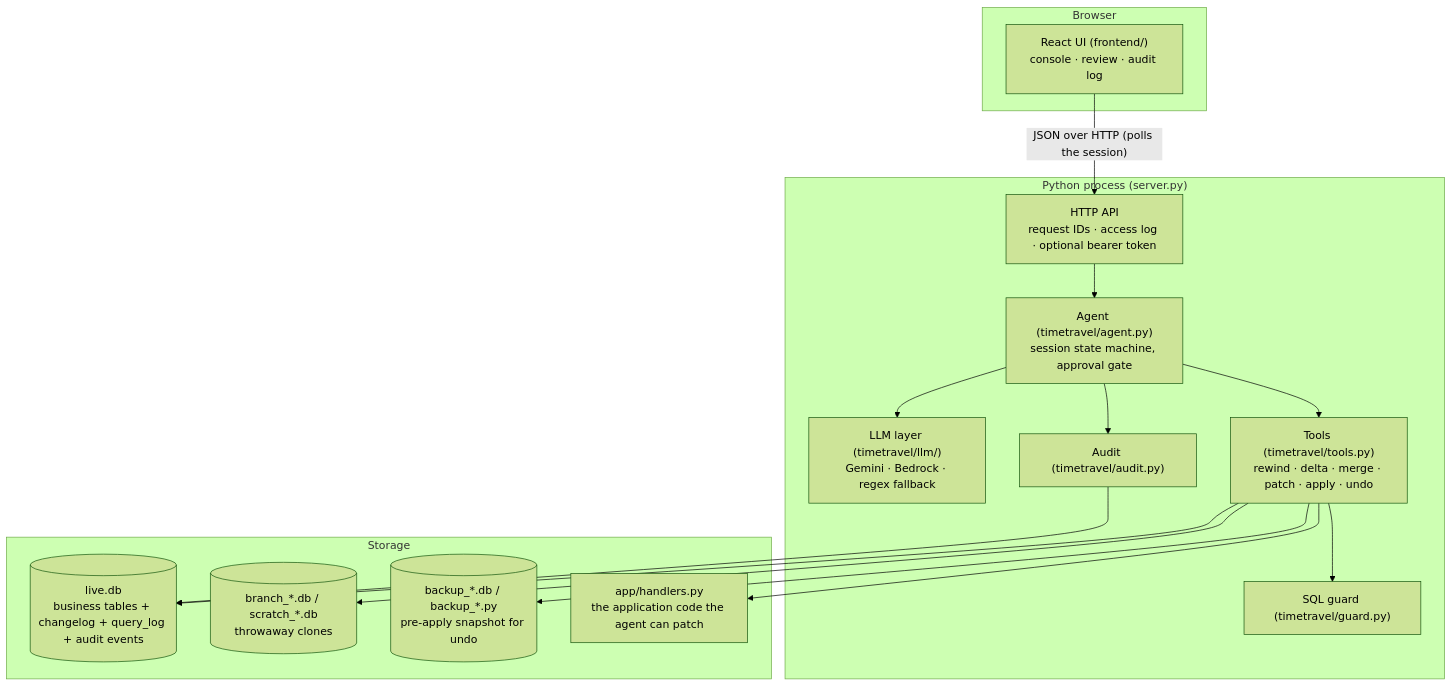
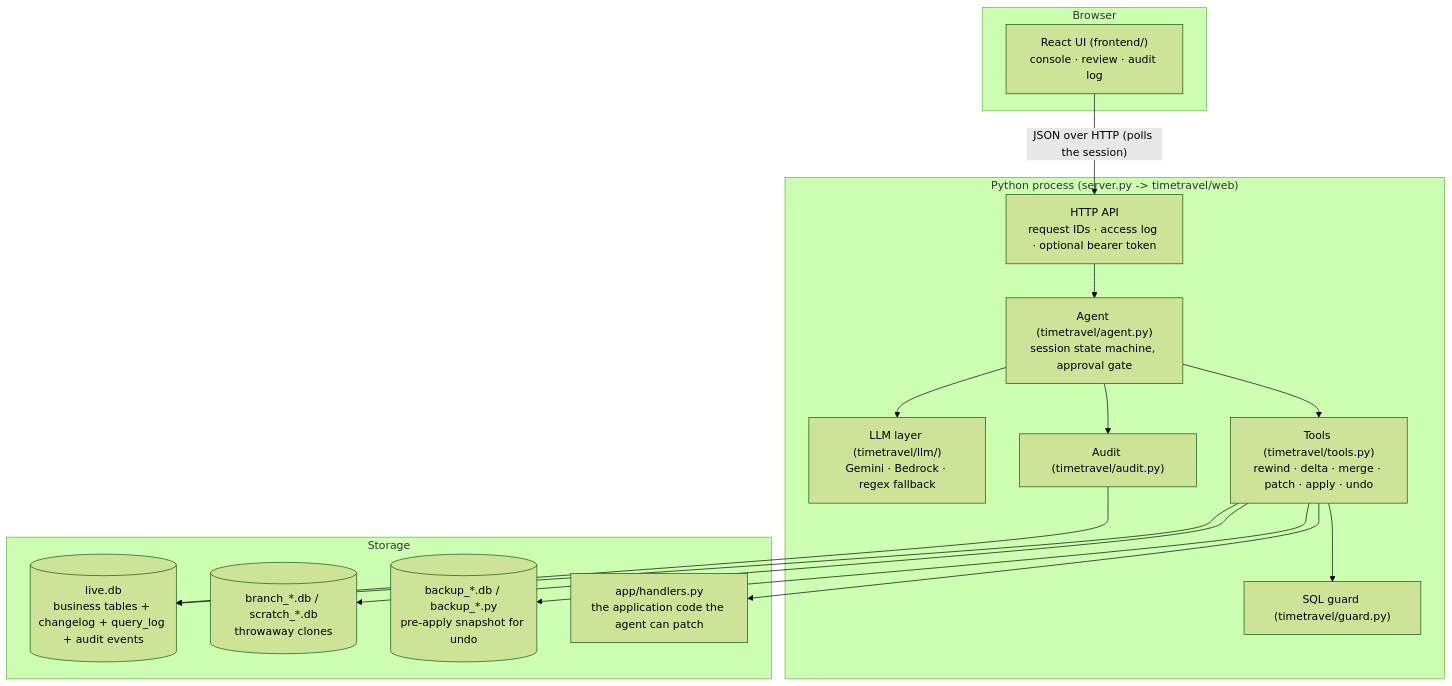
The first of 3 diagrams in docs/ARCHITECTURE.md (HamidKhan1001/Time-Travel_db_and_bug_rewinder), drawn with Mermaid (forest theme) before and after one commit. The commit also changed other lines of this file and 60 other files, not shown here.

First line of the commit message:
Restructure the HTTP layer into timetravel/web, widen lint, add startup and stream tests

````diff
--- a/docs/ARCHITECTURE.md
+++ b/docs/ARCHITECTURE.md
@@ -7,30 +7,30 @@
 ```mermaid
 flowchart TB
     subgraph Browser
         UI["React UI (frontend/)<br/>console · review · audit log"]
     end
-    subgraph Server["Python process (server.py)"]
+    subgraph Server["Python process (server.py -> timetravel/web)"]
         API["HTTP API<br/>request IDs · access log · optional bearer token"]
         AGENT["Agent (timetravel/agent.py)<br/>session state machine, approval gate"]
         LLM["LLM layer (timetravel/llm/)<br/>Gemini · Bedrock · regex fallback"]
         TOOLS["Tools (timetravel/tools.py)<br/>rewind · delta · merge · patch · apply · undo"]
         GUARD["SQL guard (timetravel/guard.py)"]
         AUDIT["Audit (timetravel/audit.py)"]
     end
     subgraph Storage
         LIVE[("live.db<br/>business tables + changelog + query_log + audit events")]
         CLONES[("branch_*.db / scratch_*.db<br/>throwaway clones")]
         BACKUP[("backup_*.db / backup_*.py<br/>pre-apply snapshot for undo")]
         CODE["app/handlers.py<br/>the application code the agent can patch"]
     end
     UI -->|"JSON over HTTP (polls the session)"| API
     API --> AGENT
     AGENT --> LLM
     AGENT --> TOOLS
     TOOLS --> GUARD
     TOOLS --> LIVE
     TOOLS --> CLONES
     TOOLS --> BACKUP
     TOOLS --> CODE
     AGENT --> AUDIT --> LIVE
 ```
````
